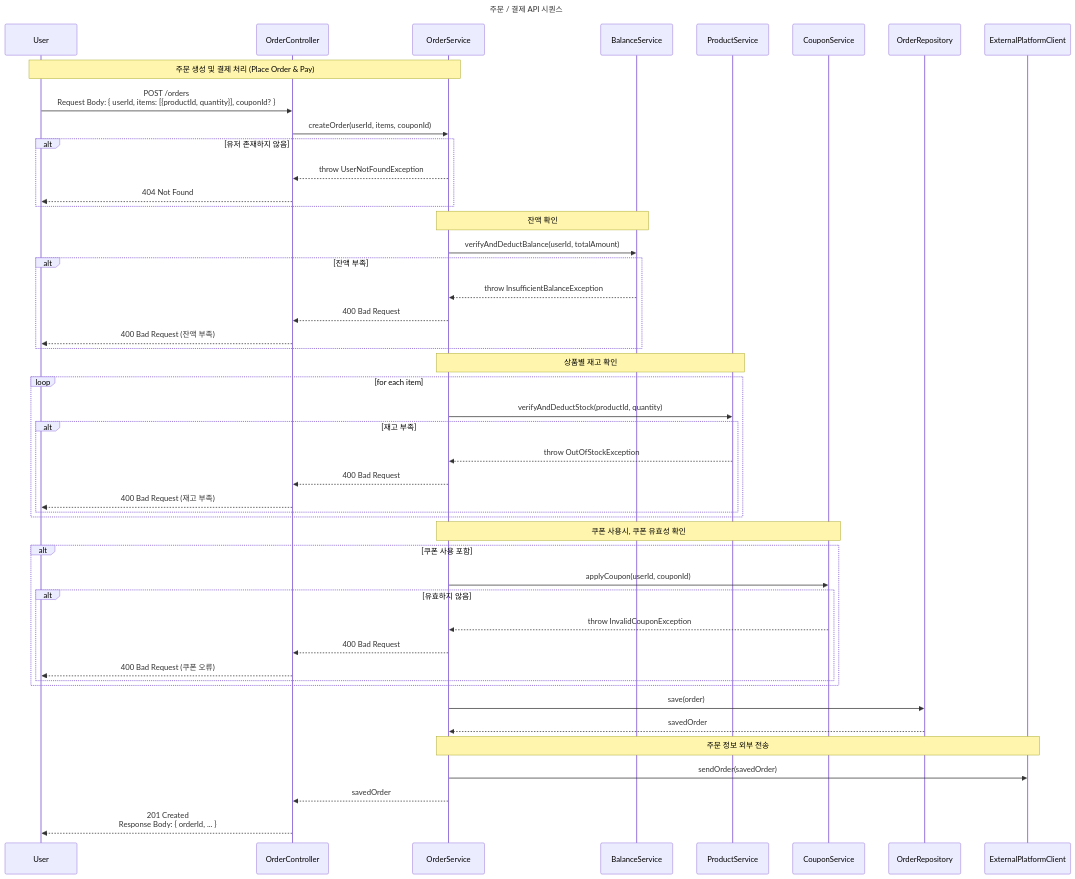
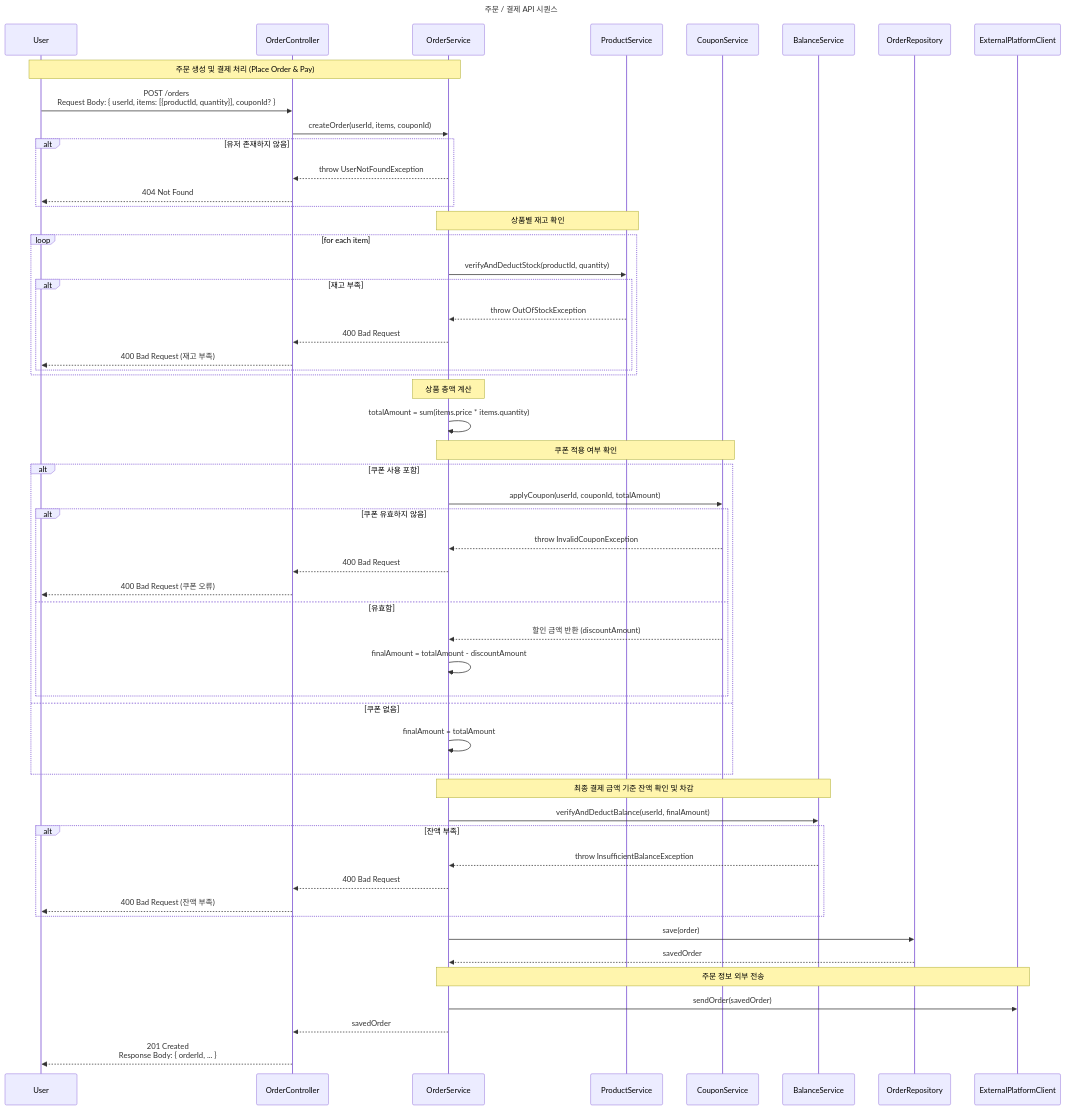
The diagram in docs/sequence-diagram/004-order.md (hanghae-plus-anveloper/e-commerce), drawn with Mermaid before and after one commit.

Commit message:
docs: 주문/결제 시퀀스 수정

````diff
--- a/docs/sequence-diagram/004-order.md
+++ b/docs/sequence-diagram/004-order.md
@@ -14,60 +14,68 @@
    ```mermaid
    sequenceDiagram
        title 주문 / 결제 API 시퀀스
        participant User
        participant OrderController
        participant OrderService
-       participant BalanceService
        participant ProductService
        participant CouponService
+       participant BalanceService
        participant OrderRepository
        participant ExternalPlatformClient
 
        Note over User,OrderService: 주문 생성 및 결제 처리 (Place Order & Pay)
        User->>OrderController: POST /orders<br>Request Body: { userId, items: [{productId, quantity}], couponId? }
        OrderController->>OrderService: createOrder(userId, items, couponId)
 
        alt 유저 존재하지 않음
            OrderService-->>OrderController: throw UserNotFoundException
            OrderController-->>User: 404 Not Found
        end
-
-       Note over OrderService,BalanceService: 잔액 확인
-       OrderService->>BalanceService: verifyAndDeductBalance(userId, totalAmount)
-       alt 잔액 부족
-           BalanceService-->>OrderService: throw InsufficientBalanceException
-           OrderService-->>OrderController: 400 Bad Request
-           OrderController-->>User: 400 Bad Request (잔액 부족)
-       end
-
-
+      
        Note over OrderService,ProductService: 상품별 재고 확인
        loop for each item
            OrderService->>ProductService: verifyAndDeductStock(productId, quantity)
            alt 재고 부족
                ProductService-->>OrderService: throw OutOfStockException
                OrderService-->>OrderController: 400 Bad Request
                OrderController-->>User: 400 Bad Request (재고 부족)
            end
-       end
-
-       Note over OrderService,CouponService: 쿠폰 사용시, 쿠폰 유효성 확인
+       end      
+      
+       Note over OrderService: 상품 총액 계산
+       OrderService->>OrderService: totalAmount = sum(items.price * items.quantity)
+        
+       Note over OrderService,CouponService: 쿠폰 적용 여부 확인
        alt 쿠폰 사용 포함
-           OrderService->>CouponService: applyCoupon(userId, couponId)
-           alt 유효하지 않음
+           OrderService->>CouponService: applyCoupon(userId, couponId, totalAmount)
+           alt 쿠폰 유효하지 않음
                CouponService-->>OrderService: throw InvalidCouponException
                OrderService-->>OrderController: 400 Bad Request
                OrderController-->>User: 400 Bad Request (쿠폰 오류)
+           else 유효함
+               CouponService-->>OrderService: 할인 금액 반환 (discountAmount)
+               OrderService->>OrderService: finalAmount = totalAmount - discountAmount
            end
+       else 쿠폰 없음
+           OrderService->>OrderService: finalAmount = totalAmount
        end
+   
+       Note over OrderService,BalanceService: 최종 결제 금액 기준 잔액 확인 및 차감
+       OrderService->>BalanceService: verifyAndDeductBalance(userId, finalAmount)
+       alt 잔액 부족
+           BalanceService-->>OrderService: throw InsufficientBalanceException
+           OrderService-->>OrderController: 400 Bad Request
+           OrderController-->>User: 400 Bad Request (잔액 부족)
+       end
+
 
        OrderService->>OrderRepository: save(order)
        OrderRepository-->>OrderService: savedOrder
 
        Note over OrderService,ExternalPlatformClient: 주문 정보 외부 전송
        OrderService->>ExternalPlatformClient: sendOrder(savedOrder)
 
        OrderService-->>OrderController: savedOrder
        OrderController-->>User: 201 Created<br>Response Body: { orderId, ... }
 
    ```
````
